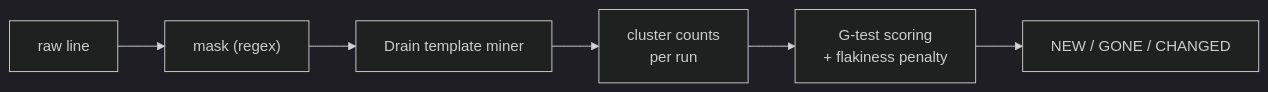
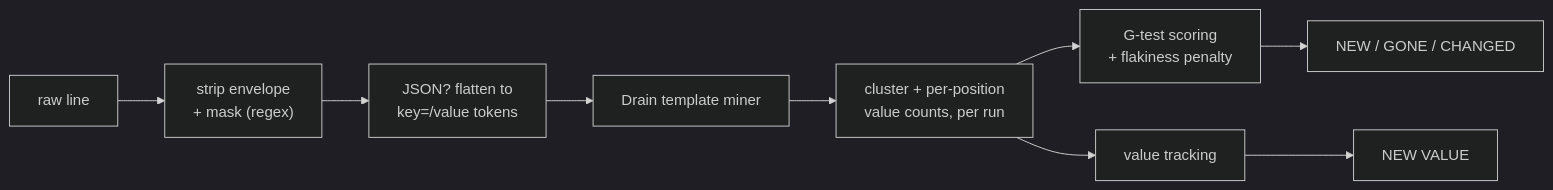
One commit to antonsoo/logdelta changed the diagram in README.md. Above: the diagram before and after it, drawn with Mermaid (dark theme). The commit also changed other lines of this file and 4 other files, not shown here.

````diff
--- a/README.md
+++ b/README.md
@@ -95,8 +122,11 @@
 ```mermaid
 flowchart LR
-    A[raw line] --> B["mask (regex)"]
-    B --> C["Drain template miner"]
-    C --> D["cluster counts\nper run"]
-    D --> E["G-test scoring\n+ flakiness penalty"]
-    E --> F["NEW / GONE / CHANGED"]
+    A[raw line] --> B["strip envelope\n+ mask (regex)"]
+    B --> C["JSON? flatten to\nkey=/value tokens"]
+    C --> D["Drain template miner"]
+    D --> E["cluster + per-position\nvalue counts, per run"]
+    E --> F["G-test scoring\n+ flakiness penalty"]
+    E --> G["value tracking"]
+    F --> H["NEW / GONE / CHANGED"]
+    G --> I["NEW VALUE"]
 ```
````
